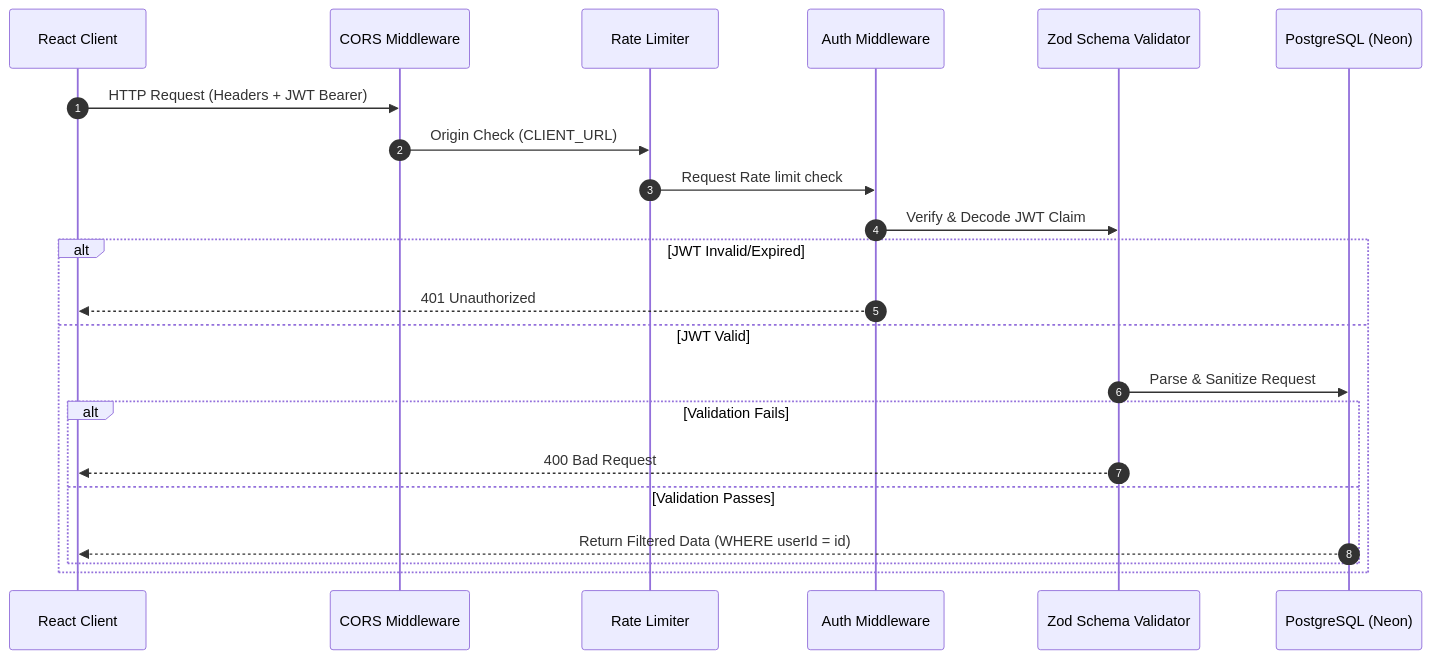
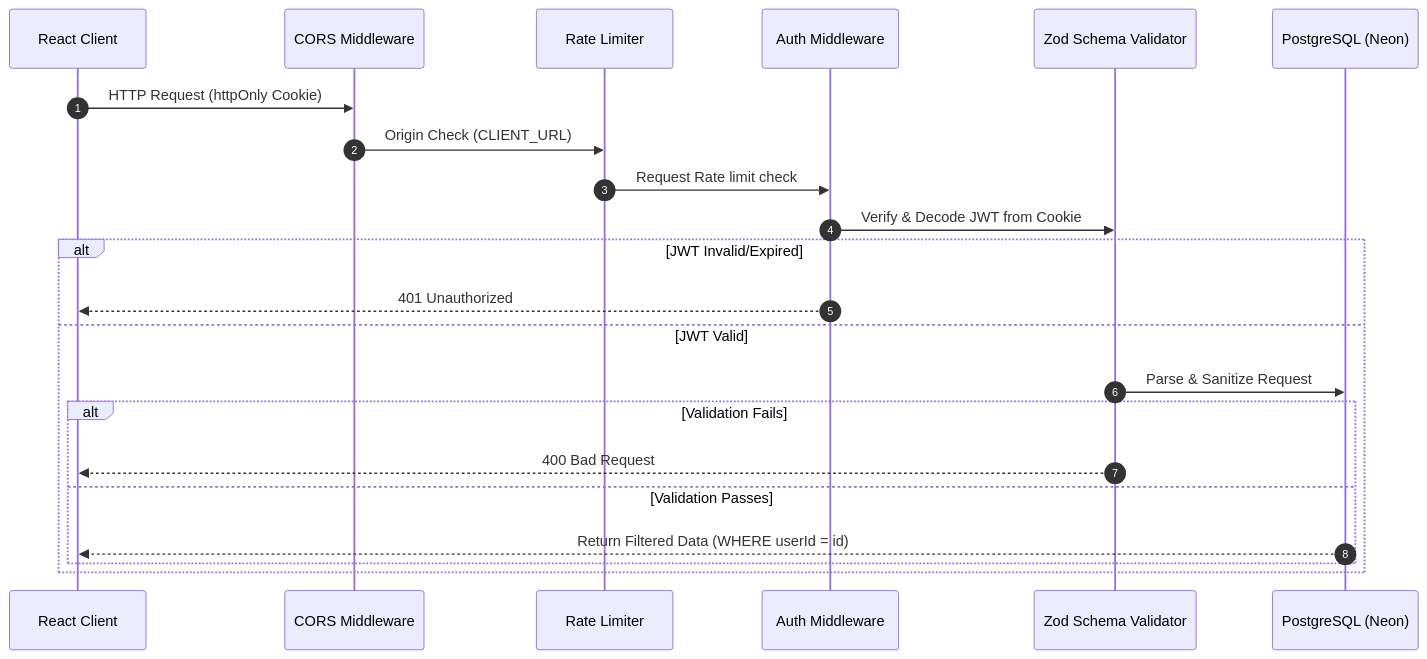
One commit to mdadeel/Career-Tracker changed the third of 4 diagrams in README.md. Above: the diagram before and after it, drawn with Mermaid. The commit also changed other lines of this file, not shown here.

````diff
--- a/README.md
+++ b/README.md
@@ -164,25 +163,25 @@
 ```mermaid
 sequenceDiagram
     autonumber
     participant Client as React Client
     participant CORS as CORS Middleware
     participant RL as Rate Limiter
     participant Auth as Auth Middleware
     participant Validator as Zod Schema Validator
     participant DB as PostgreSQL (Neon)
 
-    Client->>CORS: HTTP Request (Headers + JWT Bearer)
+    Client->>CORS: HTTP Request (httpOnly Cookie)
     CORS->>RL: Origin Check (CLIENT_URL)
     RL->>Auth: Request Rate limit check
-    Auth->>Validator: Verify & Decode JWT Claim
+    Auth->>Validator: Verify & Decode JWT from Cookie
     alt JWT Invalid/Expired
         Auth-->>Client: 401 Unauthorized
     else JWT Valid
         Validator->>DB: Parse & Sanitize Request
         alt Validation Fails
             Validator-->>Client: 400 Bad Request
         else Validation Passes
             DB-->>Client: Return Filtered Data (WHERE userId = id)
         end
     end
 ```
````
